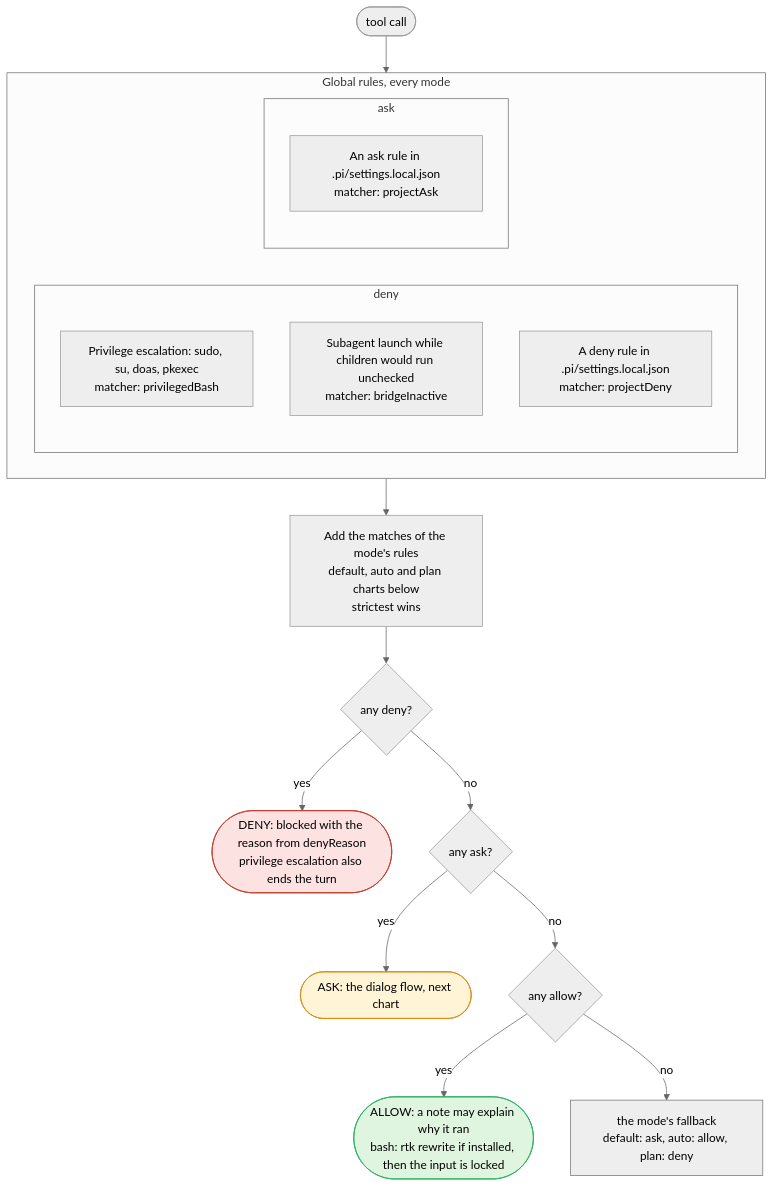
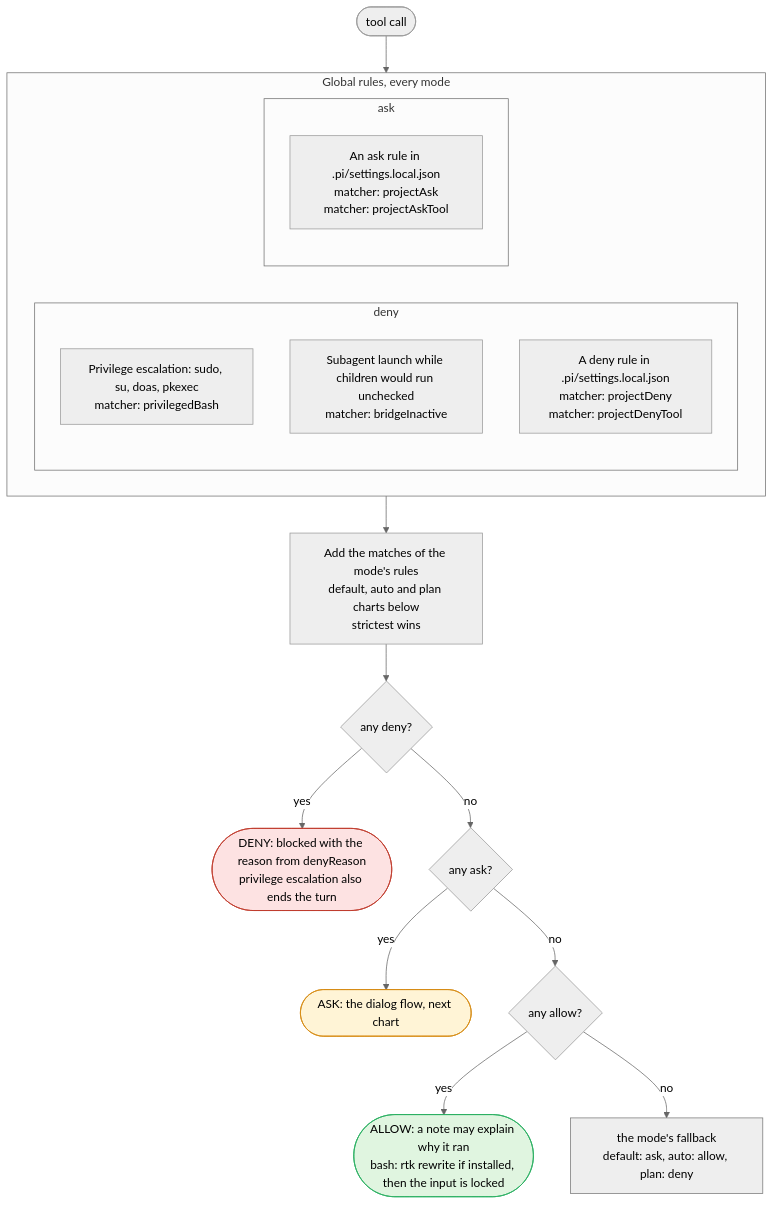
One commit to DanielBlei/pi-packages changed the first of 5 diagrams in pi-keeper/docs/design.md. Above: the diagram before and after it, drawn with Mermaid (neutral theme). The commit also changed other lines of this file and 35 other files, not shown here.

````diff
--- a/pi-keeper/docs/design.md
+++ b/pi-keeper/docs/design.md
@@ -89,31 +89,31 @@
 ```mermaid
 %% chart: core
 flowchart TD
     c_call(["tool call"]) --> c_global
     subgraph c_global["Global rules, every mode"]
         subgraph c_global_deny["deny"]
             c_priv["Privilege escalation: sudo, su, doas, pkexec<br/>matcher: privilegedBash"]
             c_bridge["Subagent launch while children would run unchecked<br/>matcher: bridgeInactive"]
-            c_pdeny["A deny rule in .pi/settings.local.json<br/>matcher: projectDeny"]
+            c_pdeny["A deny rule in .pi/settings.local.json<br/>matcher: projectDeny<br/>matcher: projectDenyTool"]
         end
         subgraph c_global_ask["ask"]
-            c_pask["An ask rule in .pi/settings.local.json<br/>matcher: projectAsk"]
+            c_pask["An ask rule in .pi/settings.local.json<br/>matcher: projectAsk<br/>matcher: projectAskTool"]
         end
     end
     c_global --> c_merge["Add the matches of the mode's rules<br/>default, auto and plan charts below<br/>strictest wins"]
     c_merge --> c_d{"any deny?"}
     c_d -- yes --> c_denied(["DENY: blocked with the reason from denyReason<br/>privilege escalation also ends the turn"])
     c_d -- no --> c_a{"any ask?"}
     c_a -- yes --> c_asked(["ASK: the dialog flow, next chart"])
     c_a -- no --> c_l{"any allow?"}
     c_l -- yes --> c_allowed(["ALLOW: a note may explain why it ran<br/>bash: rtk rewrite if installed, then the input is locked"])
     c_l -- no --> c_fb["the mode's fallback<br/>default: ask, auto: allow, plan: deny"]
     classDef denyC fill:#fde2e2,stroke:#c0392b,color:#000
     classDef askC fill:#fff4d6,stroke:#d68910,color:#000
     classDef allowC fill:#e0f5e0,stroke:#27ae60,color:#000
     classDef fbC fill:#eeeeee,stroke:#777777,color:#000
     class c_denied denyC
     class c_asked askC
     class c_allowed allowC
     class c_fb fbC
 ```
````
